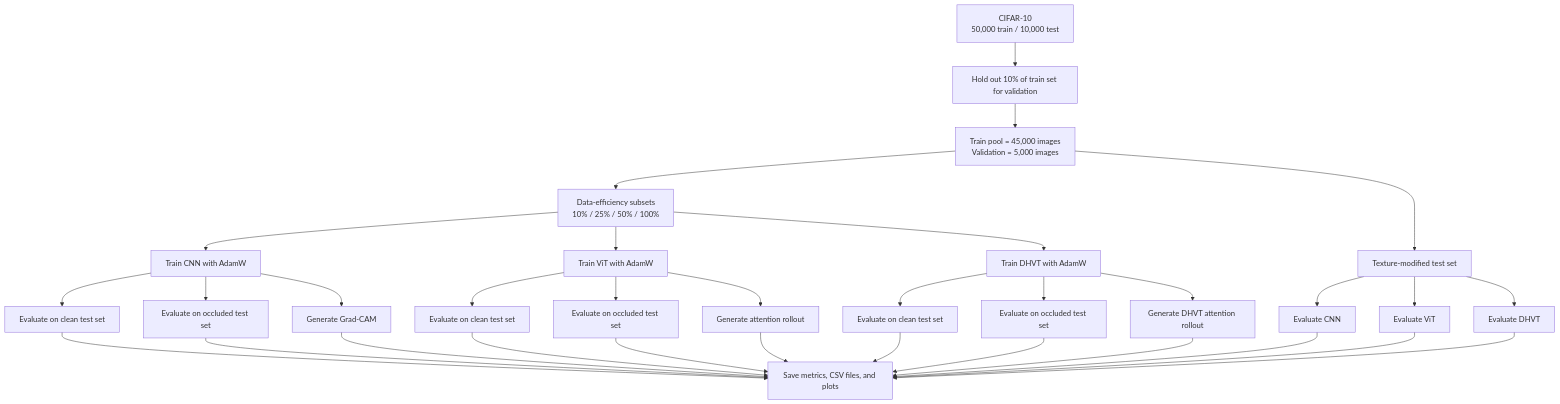
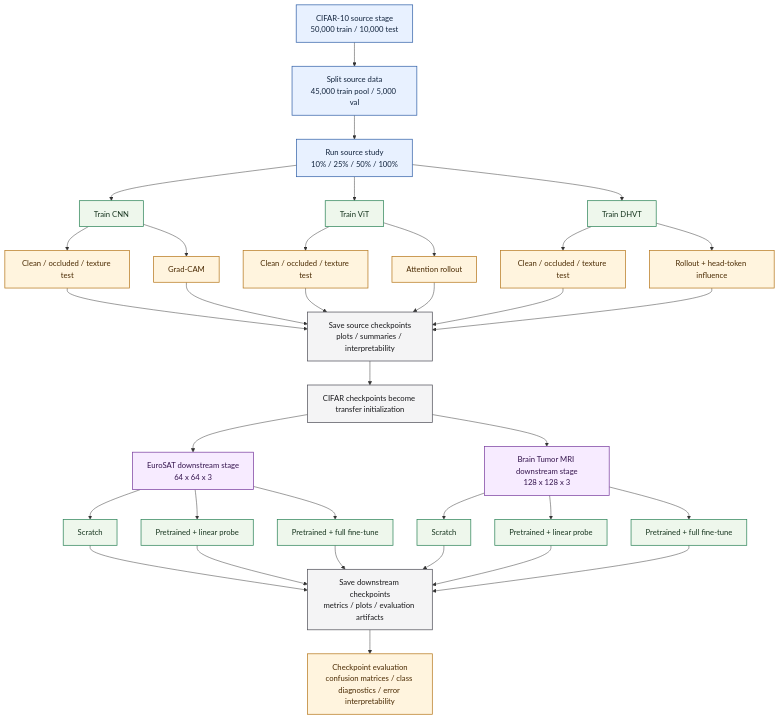
Before and after one commit to richardcheam/cnn-vit: the first of 2 diagrams in README.md, drawn with Mermaid. The commit also changed other lines of this file and 253 other files, not shown here.

````diff
--- a/README.md
+++ b/README.md
@@ -142,41 +147,59 @@
 ```mermaid
 flowchart TD
-    A[CIFAR-10<br/>50,000 train / 10,000 test]
-    A --> B[Hold out 10% of train set for validation]
-    B --> C[Train pool = 45,000 images<br/>Validation = 5,000 images]
+    A[CIFAR-10 source stage<br/>50,000 train / 10,000 test]
+    A --> B[Split source data<br/>45,000 train pool / 5,000 val]
+    B --> C[Run source study<br/>10% / 25% / 50% / 100%]
 
-    C --> D[Data-efficiency subsets<br/>10% / 25% / 50% / 100%]
-    D --> E1[Train CNN with AdamW]
-    D --> E2[Train ViT with AdamW]
-    D --> E3[Train DHVT with AdamW]
+    C --> D1[Train CNN]
+    C --> D2[Train ViT]
+    C --> D3[Train DHVT]
 
-    E1 --> F1[Evaluate on clean test set]
-    E2 --> F2[Evaluate on clean test set]
-    E3 --> F3[Evaluate on clean test set]
+    D1 --> E1[Clean / occluded / texture test]
+    D2 --> E2[Clean / occluded / texture test]
+    D3 --> E3[Clean / occluded / texture test]
 
-    E1 --> G1[Evaluate on occluded test set]
-    E2 --> G2[Evaluate on occluded test set]
-    E3 --> G3[Evaluate on occluded test set]
+    D1 --> F1[Grad-CAM]
+    D2 --> F2[Attention rollout]
+    D3 --> F3[Rollout + head-token influence]
 
-    E1 --> H1[Generate Grad-CAM]
-    E2 --> H2[Generate attention rollout]
-    E3 --> H3[Generate DHVT attention rollout]
+    E1 --> G[Save source checkpoints<br/>plots / summaries / interpretability]
+    E2 --> G
+    E3 --> G
+    F1 --> G
+    F2 --> G
+    F3 --> G
 
-    F1 --> I[Save metrics, CSV files, and plots]
-    F2 --> I
-    F3 --> I
-    G1 --> I
-    G2 --> I
-    G3 --> I
-    H1 --> I
-    H2 --> I
-    H3 --> I
+    G --> H[CIFAR checkpoints become transfer initialization]
 
-    C --> J[Texture-modified test set]
-    J --> K1[Evaluate CNN]
-    J --> K2[Evaluate ViT]
-    J --> K3[Evaluate DHVT]
-    K1 --> I
-    K2 --> I
-    K3 --> I
+    H --> I1[EuroSAT downstream stage<br/>64 x 64 x 3]
+    H --> I2[Brain Tumor MRI downstream stage<br/>128 x 128 x 3]
+
+    I1 --> J1[Scratch]
+    I1 --> J2[Pretrained + linear probe]
+    I1 --> J3[Pretrained + full fine-tune]
+
+    I2 --> K1[Scratch]
+    I2 --> K2[Pretrained + linear probe]
+    I2 --> K3[Pretrained + full fine-tune]
+
+    J1 --> L[Save downstream checkpoints<br/>metrics / plots / evaluation artifacts]
+    J2 --> L
+    J3 --> L
+    K1 --> L
+    K2 --> L
+    K3 --> L
+
+    L --> M[Checkpoint evaluation<br/>confusion matrices / class diagnostics / error interpretability]
+
+    classDef source fill:#e8f1ff,stroke:#3563a9,stroke-width:1.5px,color:#12243d;
+    classDef model fill:#eef7ec,stroke:#2f855a,stroke-width:1.5px,color:#17351f;
+    classDef eval fill:#fff4de,stroke:#b7791f,stroke-width:1.5px,color:#4a2a02;
+    classDef transfer fill:#f7ebff,stroke:#7b3fa0,stroke-width:1.5px,color:#34144d;
+    classDef artifact fill:#f4f4f5,stroke:#52525b,stroke-width:1.5px,color:#18181b;
+
+    class A,B,C source;
+    class D1,D2,D3,J1,J2,J3,K1,K2,K3 model;
+    class E1,E2,E3,F1,F2,F3,M eval;
+    class I1,I2 transfer;
+    class G,H,L artifact;
 ```
````
